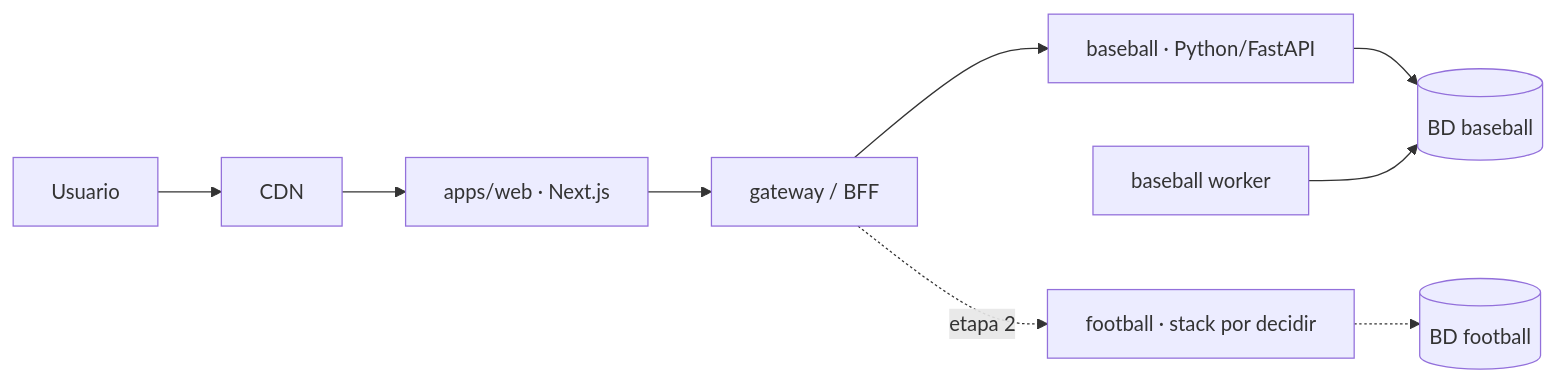
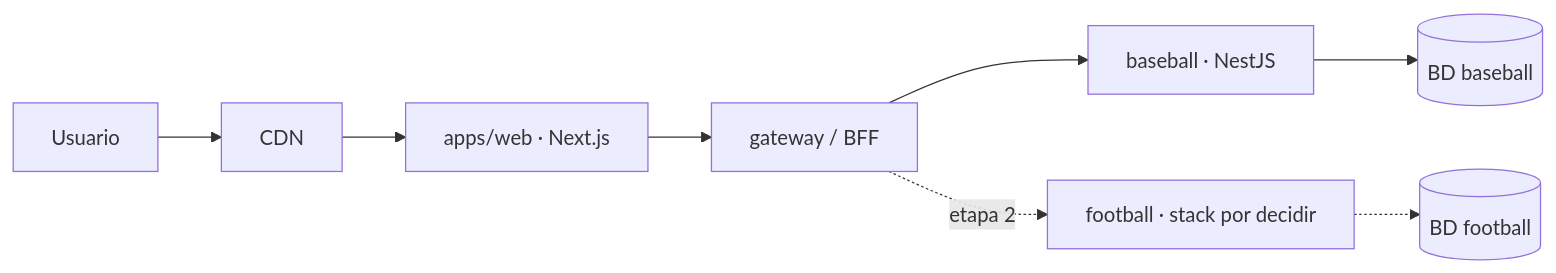
The diagram in docs/02-arquitectura.md (fcampoa/Sports-App), drawn with Mermaid before and after one commit. The commit also changed other lines of this file and 10 other files, not shown here.

First line of the commit message:
Switch baseball backend stack to NestJS and defer advanced analytics

````diff
--- a/docs/02-arquitectura.md
+++ b/docs/02-arquitectura.md
@@ -8,11 +8,10 @@
 ```mermaid
 flowchart LR
   user[Usuario] --> cdn[CDN]
   cdn --> web[apps/web · Next.js]
   web --> gw[gateway / BFF]
-  gw --> bb[baseball · Python/FastAPI]
+  gw --> bb[baseball · NestJS]
   gw -. etapa 2 .-> fb[football · stack por decidir]
   bb --> bbdb[(BD baseball)]
   fb -.-> fbdb[(BD football)]
-  bbw[baseball worker] --> bbdb
 ```
````
